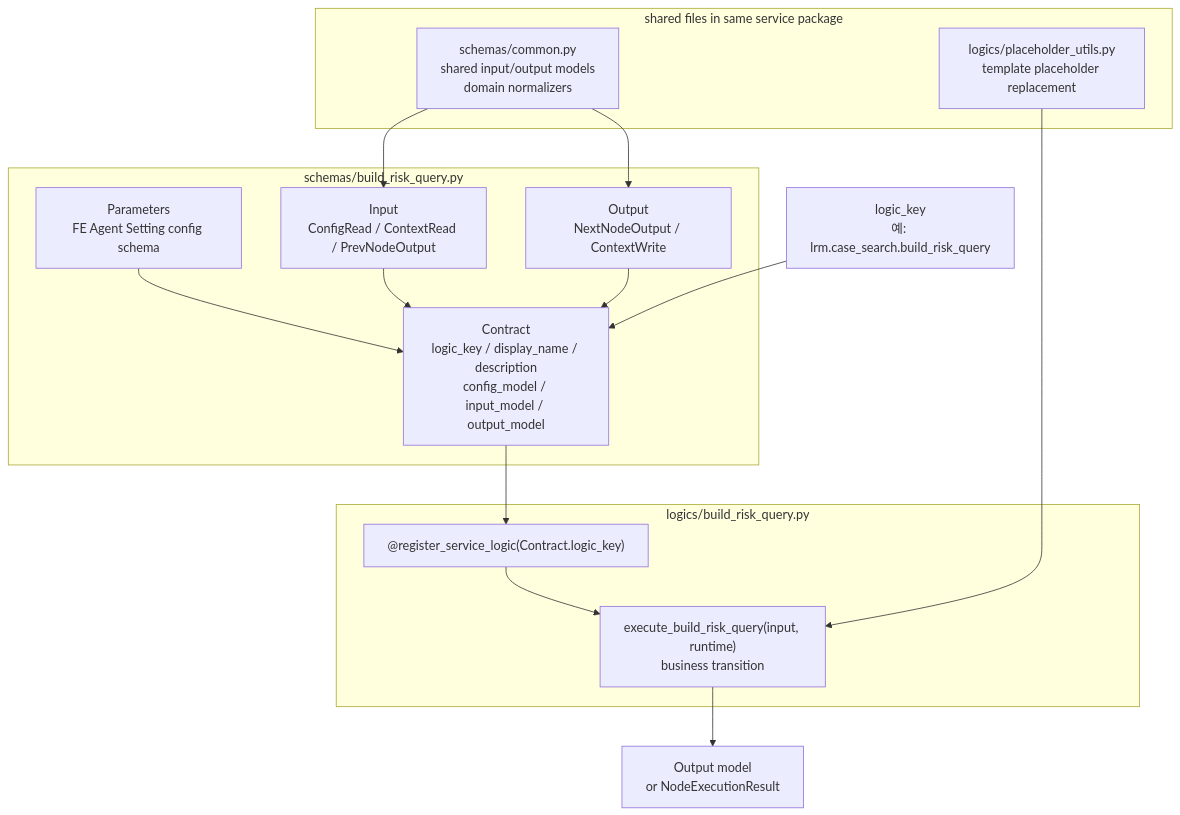
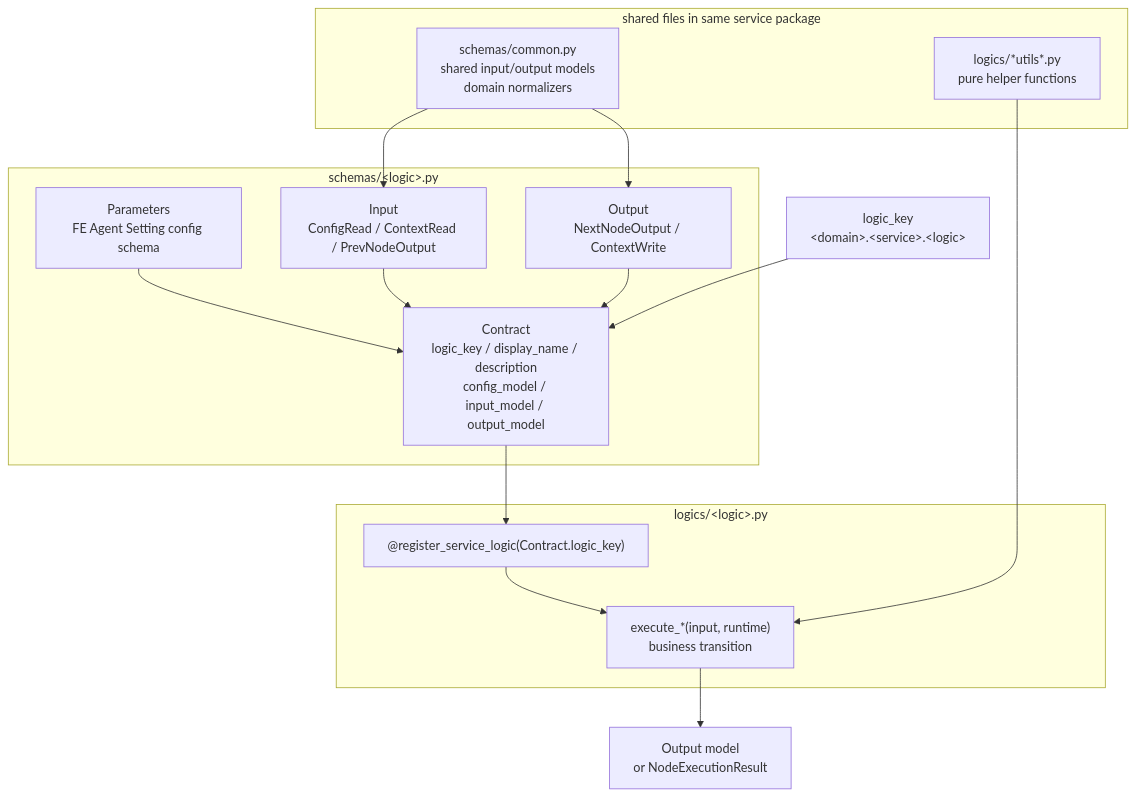
The fifth of 8 diagrams in README.md (djoo-lgcns/dotfiles), drawn with Mermaid before and after one commit. The commit also changed other lines of this file, not shown here.

````diff
--- a/README.md
+++ b/README.md
@@ -231,32 +226,32 @@
 ```mermaid
 flowchart TB
-  KEY["logic_key<br/>예: lrm.case_search.build_risk_query"]
+  KEY["logic_key<br/>&lt;domain&gt;.&lt;service&gt;.&lt;logic&gt;"]
 
-  subgraph SchemaFile["schemas/build_risk_query.py"]
+  subgraph SchemaFile["schemas/&lt;logic&gt;.py"]
     PARAM["Parameters<br/>FE Agent Setting config schema"]
     IN["Input<br/>ConfigRead / ContextRead / PrevNodeOutput"]
     OUT["Output<br/>NextNodeOutput / ContextWrite"]
     CONTRACT["Contract<br/>logic_key / display_name / description<br/>config_model / input_model / output_model"]
     PARAM --> CONTRACT
     IN --> CONTRACT
     OUT --> CONTRACT
   end
 
-  subgraph LogicFile["logics/build_risk_query.py"]
+  subgraph LogicFile["logics/&lt;logic&gt;.py"]
     DEC["@register_service_logic(Contract.logic_key)"]
-    FN["execute_build_risk_query(input, runtime)<br/>business transition"]
+    FN["execute_*(input, runtime)<br/>business transition"]
     DEC --> FN
   end
 
   subgraph SharedFiles["shared files in same service package"]
     COMMON["schemas/common.py<br/>shared input/output models<br/>domain normalizers"]
-    HELP["logics/placeholder_utils.py<br/>template placeholder replacement"]
+    HELP["logics/*utils*.py<br/>pure helper functions"]
   end
 
   KEY --> CONTRACT
   CONTRACT --> DEC
   COMMON --> IN
   COMMON --> OUT
   HELP --> FN
   FN --> RESULT["Output model<br/>or NodeExecutionResult"]
 ```
````
